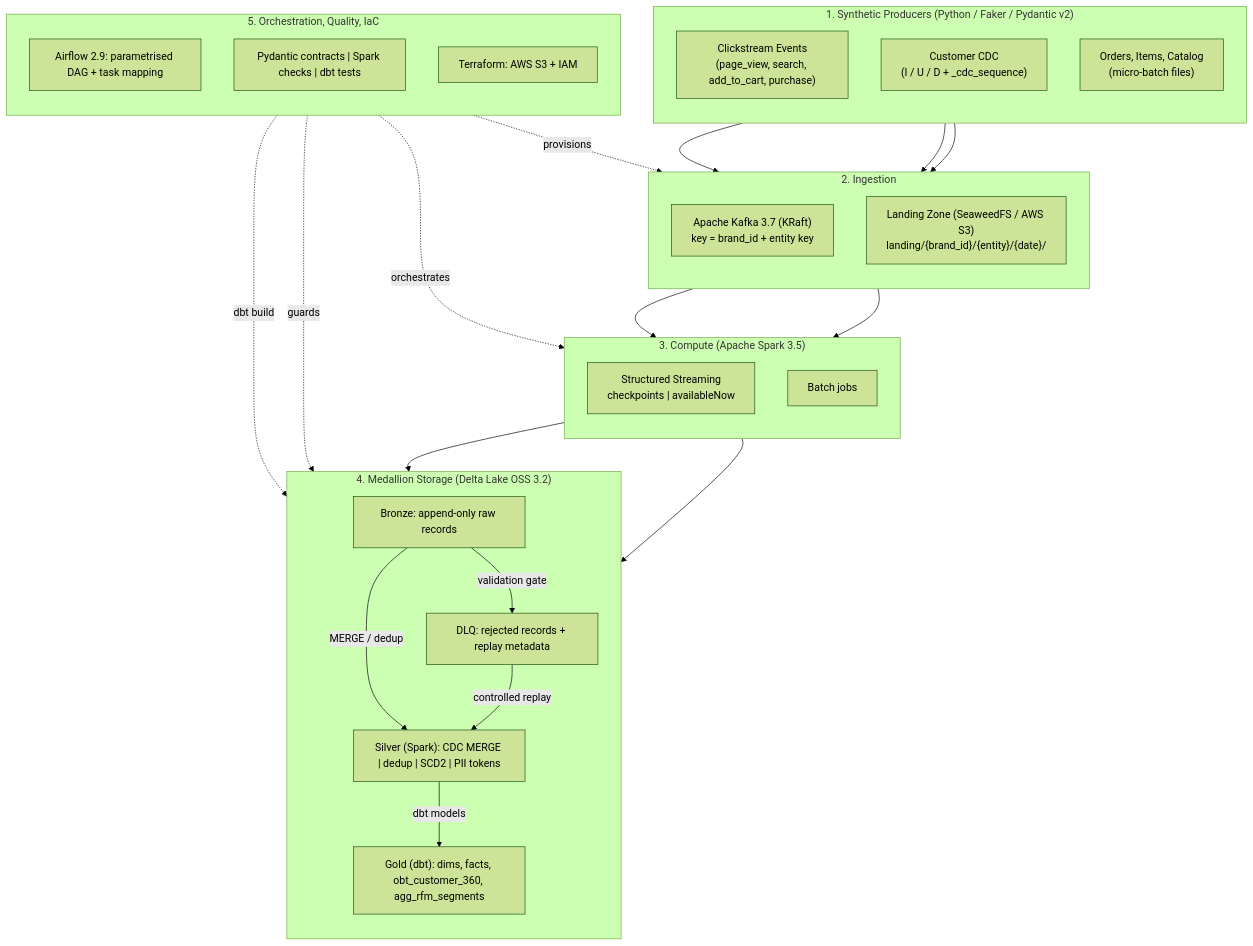
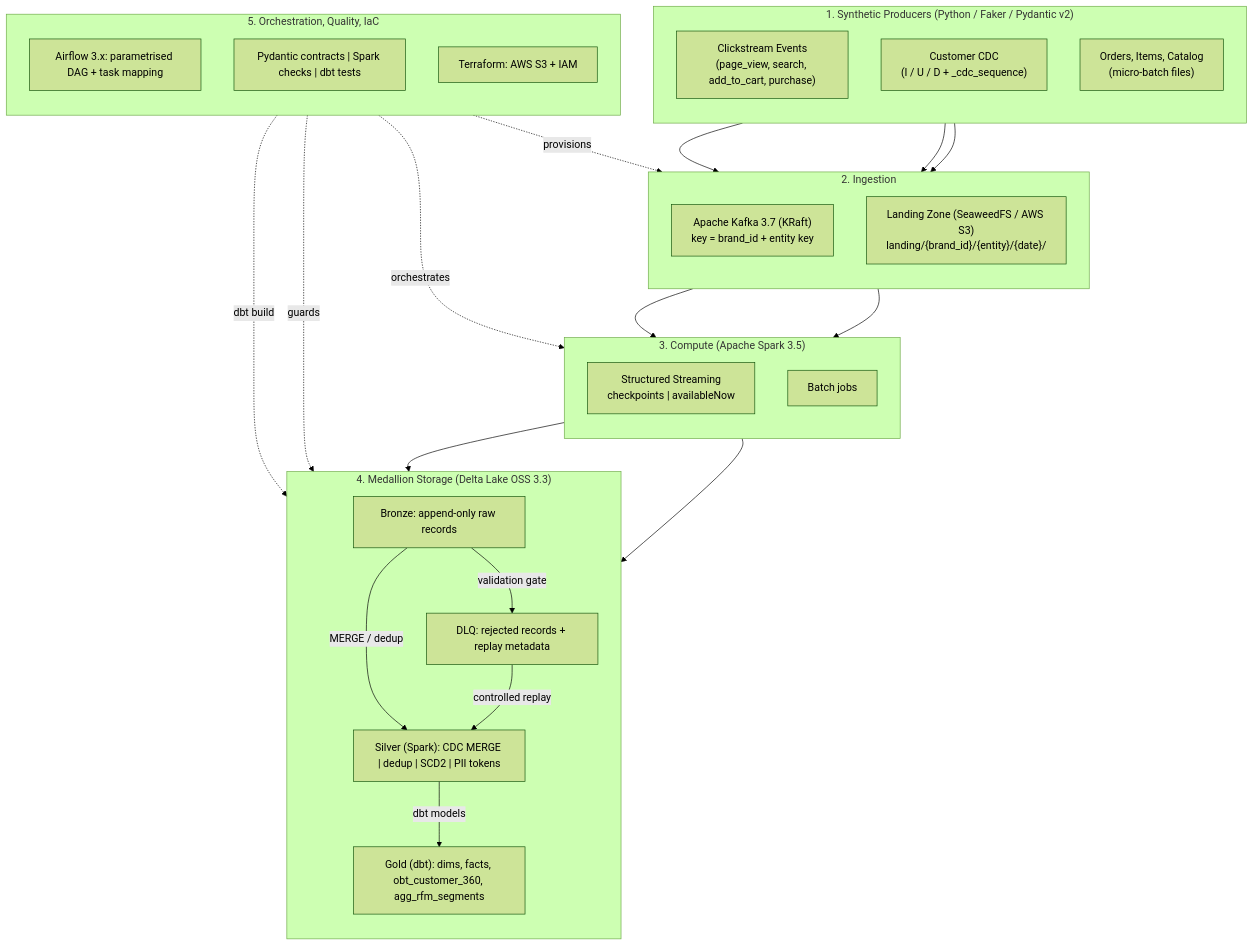
Before and after one commit to dogruom/thelook-lakehouse-platform: the diagram in README.md, drawn with Mermaid (forest theme). The commit also changed other lines of this file and 30 other files, not shown here.

````diff
--- a/README.md
+++ b/README.md
@@ -60,55 +58,55 @@
 ```mermaid
 flowchart TB
     subgraph Producers["1. Synthetic Producers (Python / Faker / Pydantic v2)"]
         direction TB
         GEN_CLICK["Clickstream Events<br/>(page_view, search, add_to_cart, purchase)"]
         GEN_CDC["Customer CDC<br/>(I / U / D + _cdc_sequence)"]
         GEN_TX["Orders, Items, Catalog<br/>(micro-batch files)"]
     end
 
     subgraph Ingestion["2. Ingestion"]
         direction TB
         KAFKA["Apache Kafka 3.7 (KRaft)<br/>key = brand_id + entity key"]
         S3_RAW["Landing Zone (SeaweedFS / AWS S3)<br/>landing/{brand_id}/{entity}/{date}/"]
     end
 
     subgraph Processing["3. Compute (Apache Spark 3.5)"]
         direction TB
         SPARK_STREAM["Structured Streaming<br/>checkpoints | availableNow"]
         SPARK_BATCH["Batch jobs"]
     end
 
-    subgraph Medallion["4. Medallion Storage (Delta Lake OSS 3.2)"]
+    subgraph Medallion["4. Medallion Storage (Delta Lake OSS 3.3)"]
         direction TB
         BRONZE["Bronze: append-only raw records"]
         DLQ["DLQ: rejected records + replay metadata"]
         SILVER["Silver (Spark): CDC MERGE | dedup | SCD2 | PII tokens"]
         GOLD["Gold (dbt): dims, facts, obt_customer_360, agg_rfm_segments"]
     end
 
     subgraph Governance["5. Orchestration, Quality, IaC"]
         direction TB
-        AIRFLOW["Airflow 2.9: parametrised DAG + task mapping"]
+        AIRFLOW["Airflow 3.x: parametrised DAG + task mapping"]
         QUALITY["Pydantic contracts | Spark checks | dbt tests"]
         TERRAFORM["Terraform: AWS S3 + IAM"]
     end
 
     GEN_CLICK --> KAFKA
     GEN_CDC --> KAFKA
     GEN_TX --> S3_RAW
 
     KAFKA --> SPARK_STREAM
     S3_RAW --> SPARK_BATCH
     SPARK_STREAM --> BRONZE
     SPARK_BATCH --> BRONZE
 
     BRONZE -->|"validation gate"| DLQ
     BRONZE -->|"MERGE / dedup"| SILVER
     DLQ -->|"controlled replay"| SILVER
     SILVER -->|"dbt models"| GOLD
 
     AIRFLOW -.->|"orchestrates"| Processing
     AIRFLOW -.->|"dbt build"| GOLD
     QUALITY -.->|"guards"| SILVER
     TERRAFORM -.->|"provisions"| S3_RAW
 ```
````
